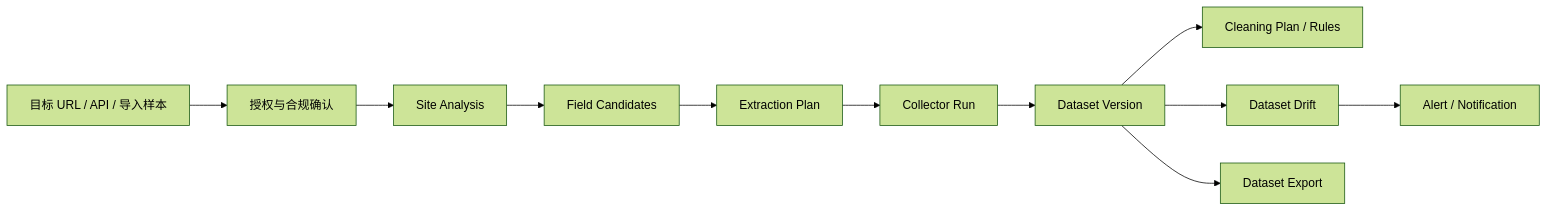
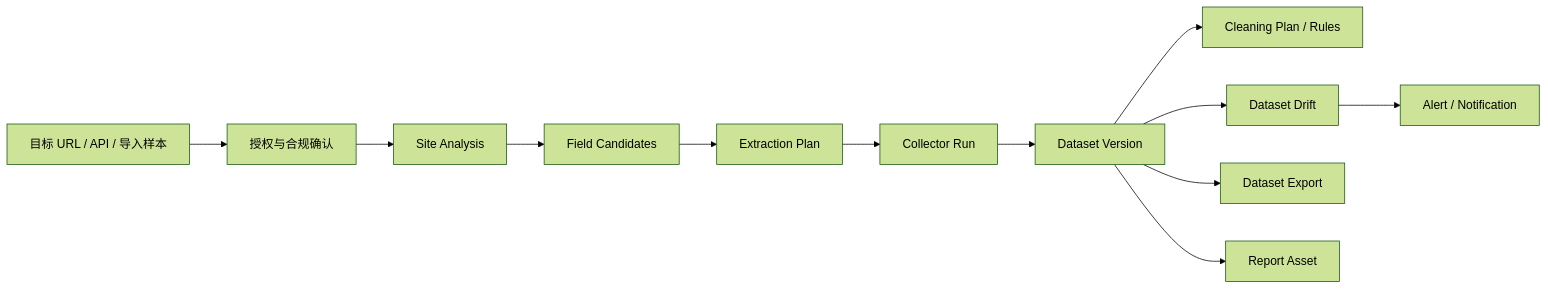
The second of 3 diagrams in docs/architecture/architecture-data-intelligence-hub-stable.md (zjgulai/data_achieve), drawn with Mermaid (forest theme) before and after one commit. The commit also changed other lines of this file and 14 other files, not shown here.

````diff
--- a/docs/architecture/architecture-data-intelligence-hub-stable.md
+++ b/docs/architecture/architecture-data-intelligence-hub-stable.md
@@ -61,13 +61,14 @@
 ```mermaid
 flowchart LR
   URL["目标 URL / API / 导入样本"] --> AUTH["授权与合规确认"]
   AUTH --> SA["Site Analysis"]
   SA --> FC["Field Candidates"]
   FC --> EP["Extraction Plan"]
   EP --> RUN["Collector Run"]
   RUN --> DS["Dataset Version"]
   DS --> CP["Cleaning Plan / Rules"]
   DS --> DRIFT["Dataset Drift"]
   DS --> EXP["Dataset Export"]
+  DS --> REP["Report Asset"]
   DRIFT --> ALERT["Alert / Notification"]
 ```
````
